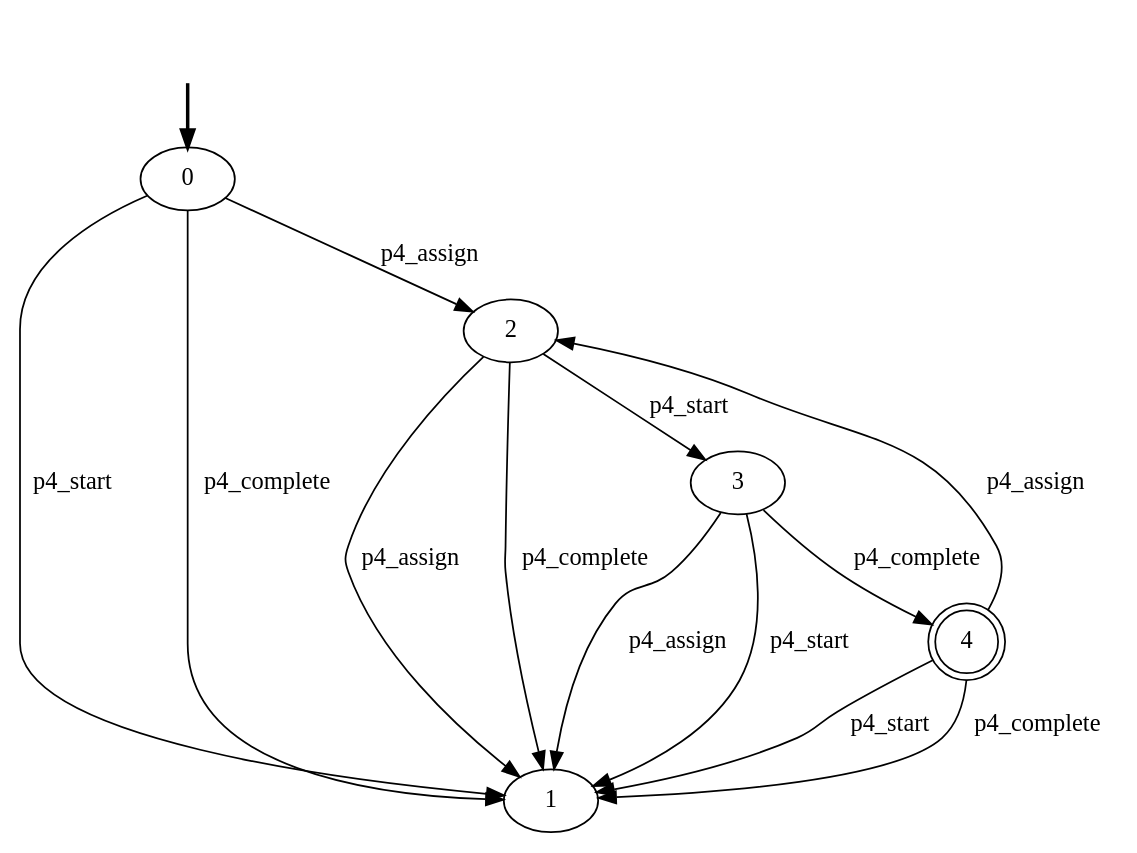
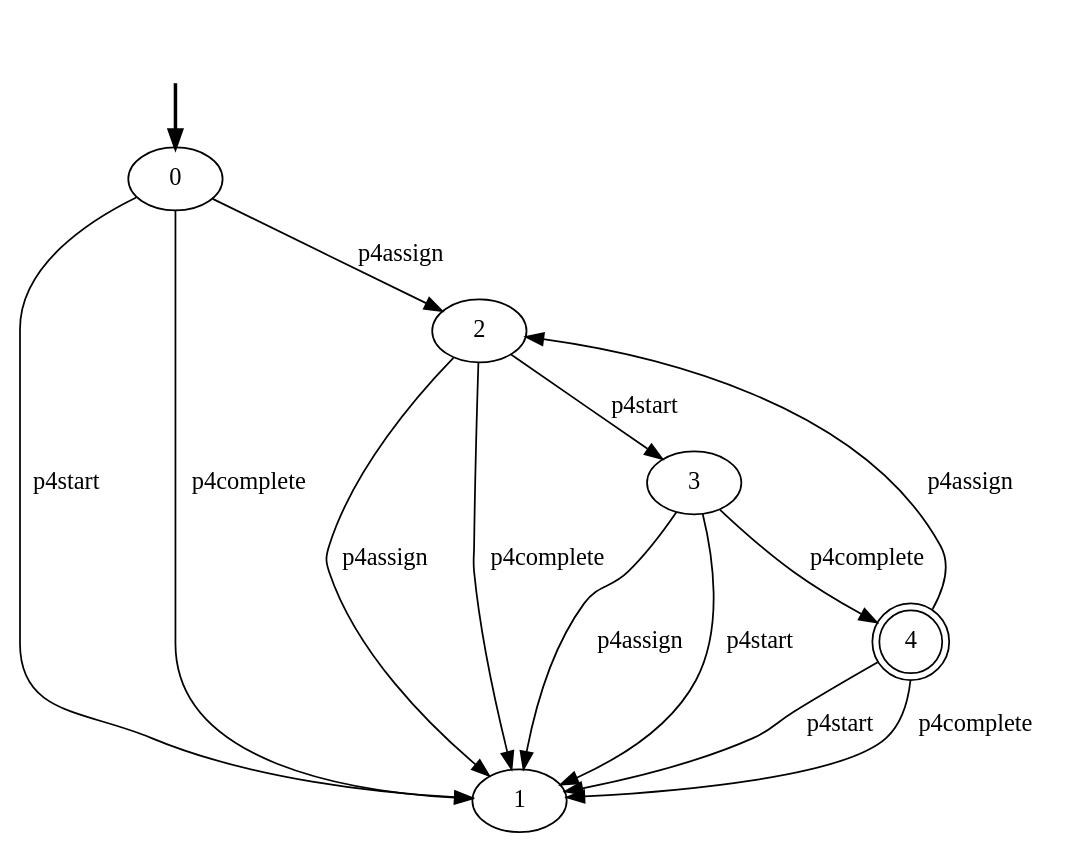
One commit to GianmarcoBordin/pddlTranslator changed the diagram in Plan-based_Data_Aware_Declarative_Conf_Checker/resources/declarative-models/Data-Aware/5-CONSTRAINTS/p4_lifecycle.dot. Above: the diagram before and after it, drawn with Graphviz. The commit also changed 246 other files, not shown here.

```diff
--- a/Plan-based_Data_Aware_Declarative_Conf_Checker/resources/declarative-models/Data-Aware/5-CONSTRAINTS/p4_lifecycle.dot
+++ b/Plan-based_Data_Aware_Declarative_Conf_Checker/resources/declarative-models/Data-Aware/5-CONSTRAINTS/p4_lifecycle.dot
@@ -1,21 +1,21 @@
 digraph {
-		fake0 [style=invisible]
-		0 [root=true]
-		1
-		2
-		3
-		4 [shape=doublecircle]
-		fake0 -> 0 [style=bold]
-		2 -> 1 [label=p4_assign]
-		2 -> 3 [label=p4_start]
-		2 -> 1 [label=p4_complete]
-		3 -> 1 [label=p4_assign]
-		3 -> 1 [label=p4_start]
-		3 -> 4 [label=p4_complete]
-		4 -> 2 [label=p4_assign]
-		4 -> 1 [label=p4_start]
-		4 -> 1 [label=p4_complete]
-		0 -> 2 [label=p4_assign]
-		0 -> 1 [label=p4_start]
-		0 -> 1 [label=p4_complete]
+	fake0 [style=invisible]
+	0 [root=true]
+	1
+	2
+	3
+	4 [shape=doublecircle]
+	fake0 -> 0 [style=bold]
+	2 -> 1 [label=p4assign]
+	2 -> 3 [label=p4start]
+	2 -> 1 [label=p4complete]
+	3 -> 1 [label=p4assign]
+	3 -> 1 [label=p4start]
+	3 -> 4 [label=p4complete]
+	4 -> 2 [label=p4assign]
+	4 -> 1 [label=p4start]
+	4 -> 1 [label=p4complete]
+	0 -> 2 [label=p4assign]
+	0 -> 1 [label=p4start]
+	0 -> 1 [label=p4complete]
 }
```
